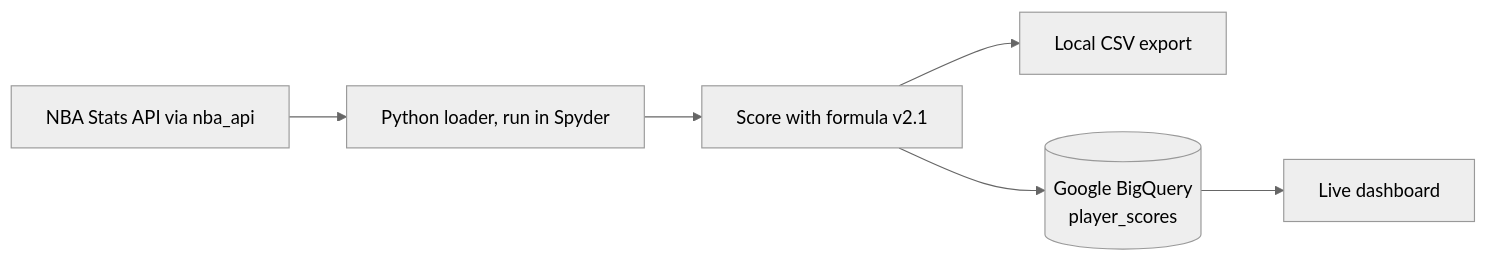
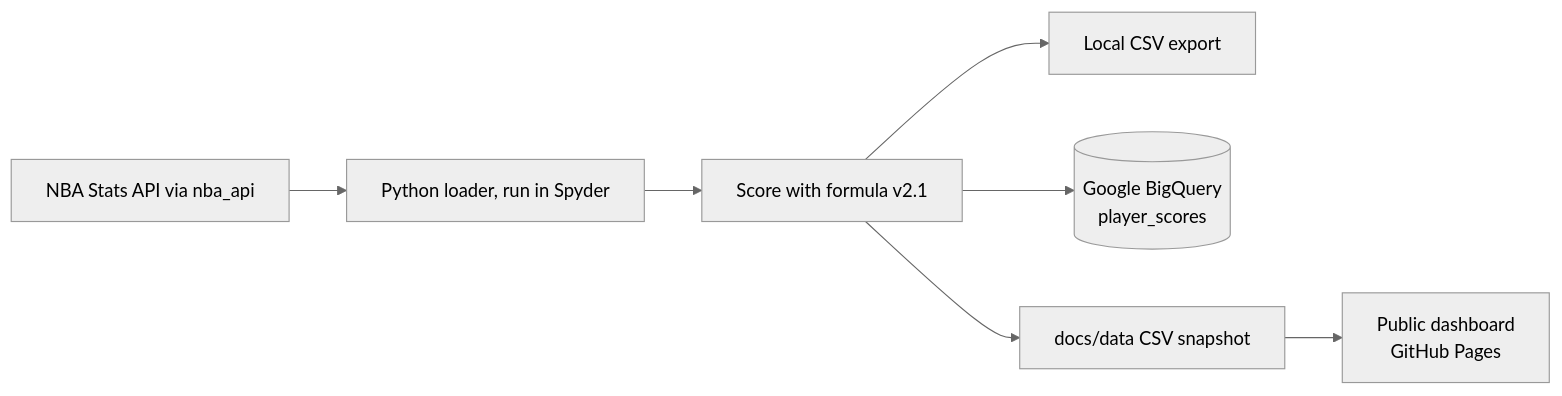
Before and after one commit to joebakken21/nba-underrated-score: the diagram in README.md, drawn with Mermaid (neutral theme). The commit also changed other lines of this file and 6 other files, not shown here.

First line of the commit message:
Add public GitHub Pages dashboard and refresh its data from the loader

````diff
--- a/README.md
+++ b/README.md
@@ -52,8 +52,9 @@
 ```mermaid
 flowchart LR
     A[NBA Stats API via nba_api] --> B[Python loader, run in Spyder]
     B --> C[Score with formula v2.1]
     C --> D[Local CSV export]
     C --> E[(Google BigQuery<br/>player_scores)]
-    E --> F[Live dashboard]
+    C --> G[docs/data CSV snapshot]
+    G --> F[Public dashboard<br/>GitHub Pages]
 ```
````
